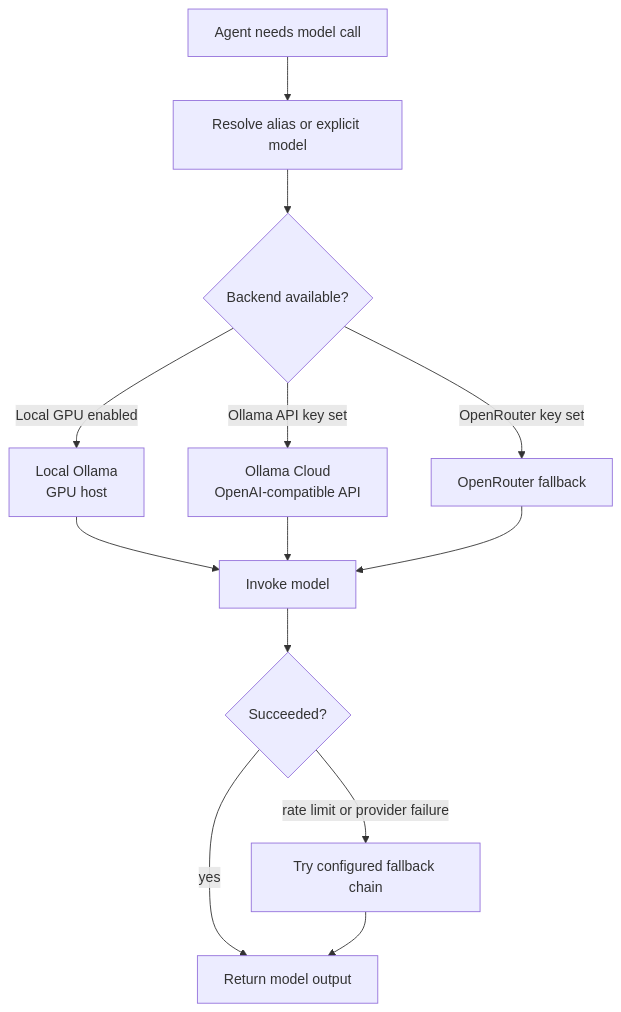
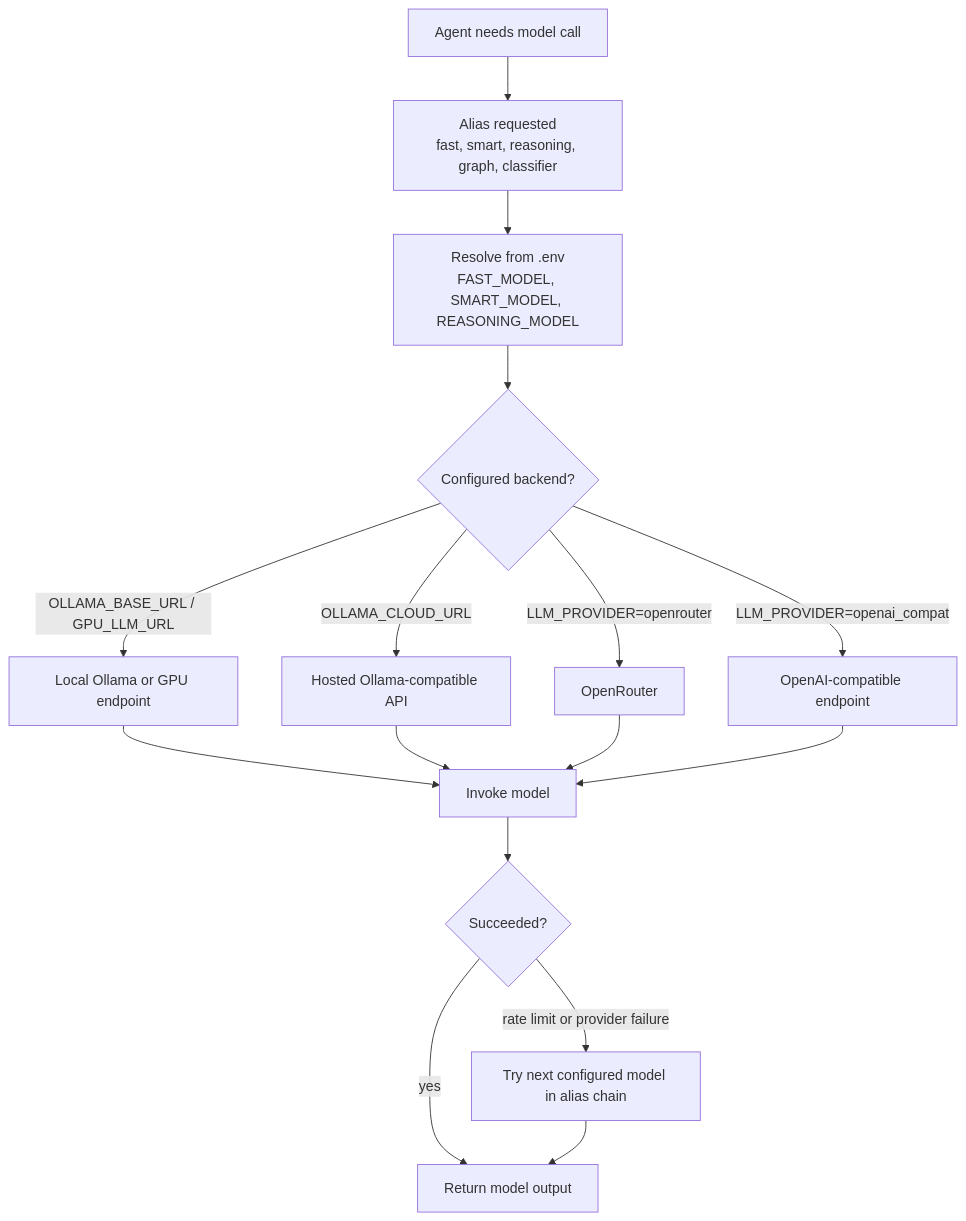
Before and after one commit to Ch3w3y/parsnip-ai: the fifth of 8 diagrams in docs/ARCHITECTURE_VISUALS.md, drawn with Mermaid. The commit also changed other lines of this file and 10 other files, not shown here.

Commit message:
Align documentation with current architecture (#19)

````diff
--- a/docs/ARCHITECTURE_VISUALS.md
+++ b/docs/ARCHITECTURE_VISUALS.md
@@ -129,18 +129,21 @@
 ```mermaid
 flowchart TB
-    Request[Agent needs model call] --> Resolve[Resolve alias or explicit model]
-    Resolve --> Backend{Backend available?}
+    Request[Agent needs model call] --> Alias[Alias requested<br/>fast, smart, reasoning, graph, classifier]
+    Alias --> Env[Resolve from .env<br/>FAST_MODEL, SMART_MODEL, REASONING_MODEL]
+    Env --> Backend{Configured backend?}
 
-    Backend -->|Local GPU enabled| Local[Local Ollama<br/>GPU host]
-    Backend -->|Ollama API key set| Cloud[Ollama Cloud<br/>OpenAI-compatible API]
-    Backend -->|OpenRouter key set| OpenRouter[OpenRouter fallback]
+    Backend -->|OLLAMA_BASE_URL / GPU_LLM_URL| Local[Local Ollama or GPU endpoint]
+    Backend -->|OLLAMA_CLOUD_URL| Cloud[Hosted Ollama-compatible API]
+    Backend -->|LLM_PROVIDER=openrouter| OpenRouter[OpenRouter]
+    Backend -->|LLM_PROVIDER=openai_compat| Compat[OpenAI-compatible endpoint]
 
     Local --> Invoke[Invoke model]
     Cloud --> Invoke
     OpenRouter --> Invoke
+    Compat --> Invoke
 
     Invoke --> Success{Succeeded?}
     Success -->|yes| Response[Return model output]
-    Success -->|rate limit or provider failure| Cascade[Try configured fallback chain]
+    Success -->|rate limit or provider failure| Cascade[Try next configured model in alias chain]
     Cascade --> Response
 ```
````
